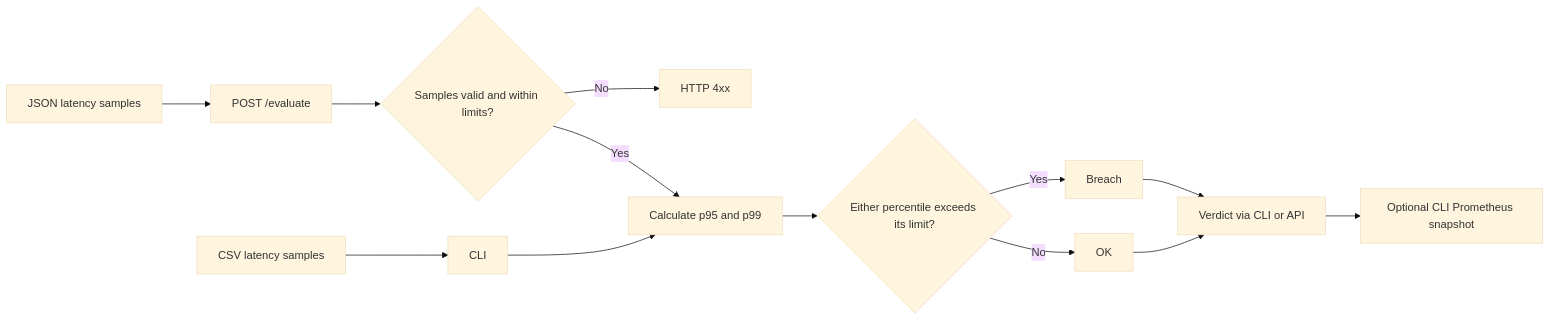
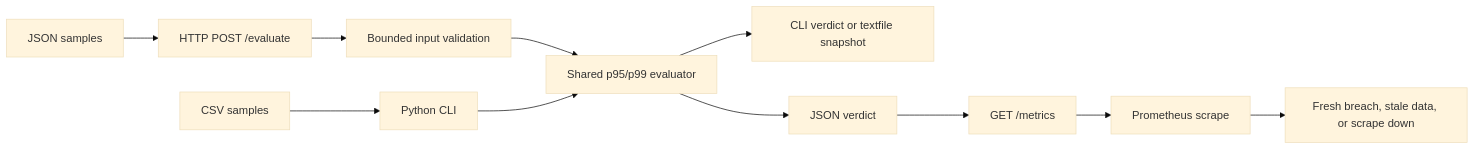
One commit to Klokesh493/api-latency-slo-sentinel changed the diagram in README.md. Above: the diagram before and after it, drawn with Mermaid (base theme). The commit also changed other lines of this file and 10 other files, not shown here.

Commit message:
Monitor latency SLO decisions with Prometheus alerts

````diff
--- a/README.md
+++ b/README.md
@@ -37,15 +15,13 @@
 ```mermaid
 flowchart LR
-    CSV["CSV latency samples"] --> CLI["CLI"]
-    JSON["JSON latency samples"] --> HTTP["POST /evaluate"]
-    HTTP --> Validate{"Samples valid and within limits?"}
-    Validate -->|No| Error["HTTP 4xx"]
-    Validate -->|Yes| Eval["Calculate p95 and p99"]
+    CSV["CSV samples"] --> CLI["Python CLI"]
+    JSON["JSON samples"] --> API["HTTP POST /evaluate"]
+    API --> Validate["Bounded input validation"]
+    Validate --> Eval["Shared p95/p99 evaluator"]
     CLI --> Eval
-    Eval --> Gate{"Either percentile exceeds its limit?"}
-    Gate -->|Yes| Breach["Breach"]
-    Gate -->|No| Healthy["OK"]
-    Breach --> Result["Verdict via CLI or API"]
-    Healthy --> Result
-    Result --> Metrics["Optional CLI Prometheus snapshot"]
+    Eval --> CLIResult["CLI verdict or textfile snapshot"]
+    Eval --> HTTPResult["JSON verdict"]
+    HTTPResult --> Metrics["GET /metrics"]
+    Metrics --> Prometheus["Prometheus scrape"]
+    Prometheus --> Alerts["Fresh breach, stale data, or scrape down"]
 ```
````
